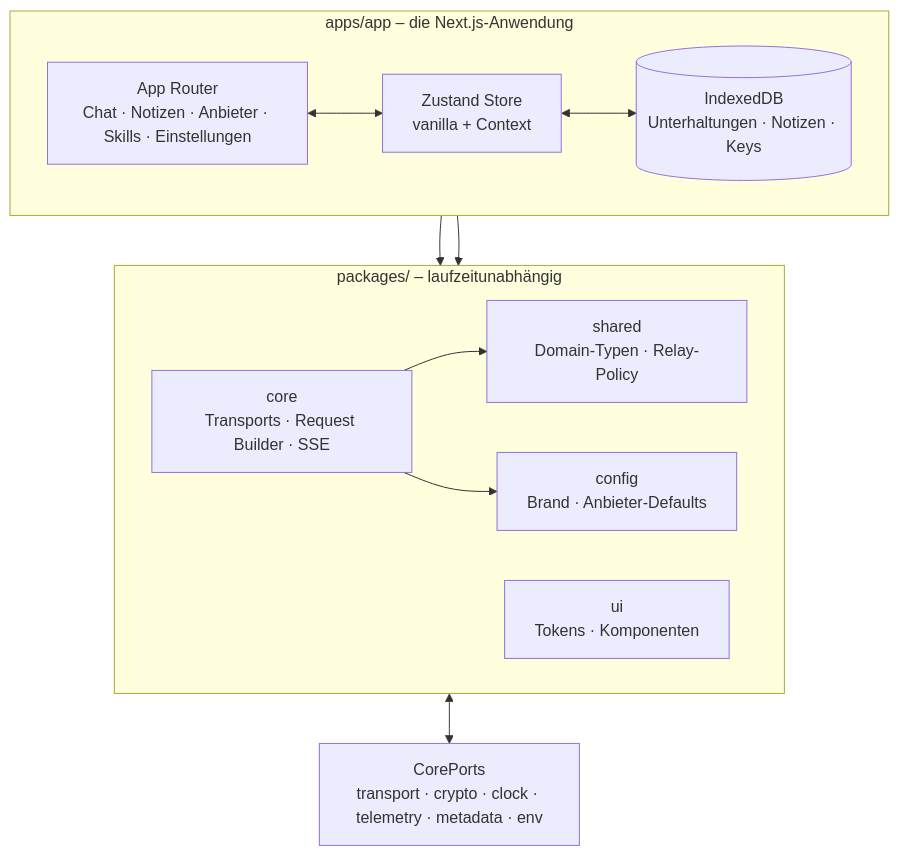
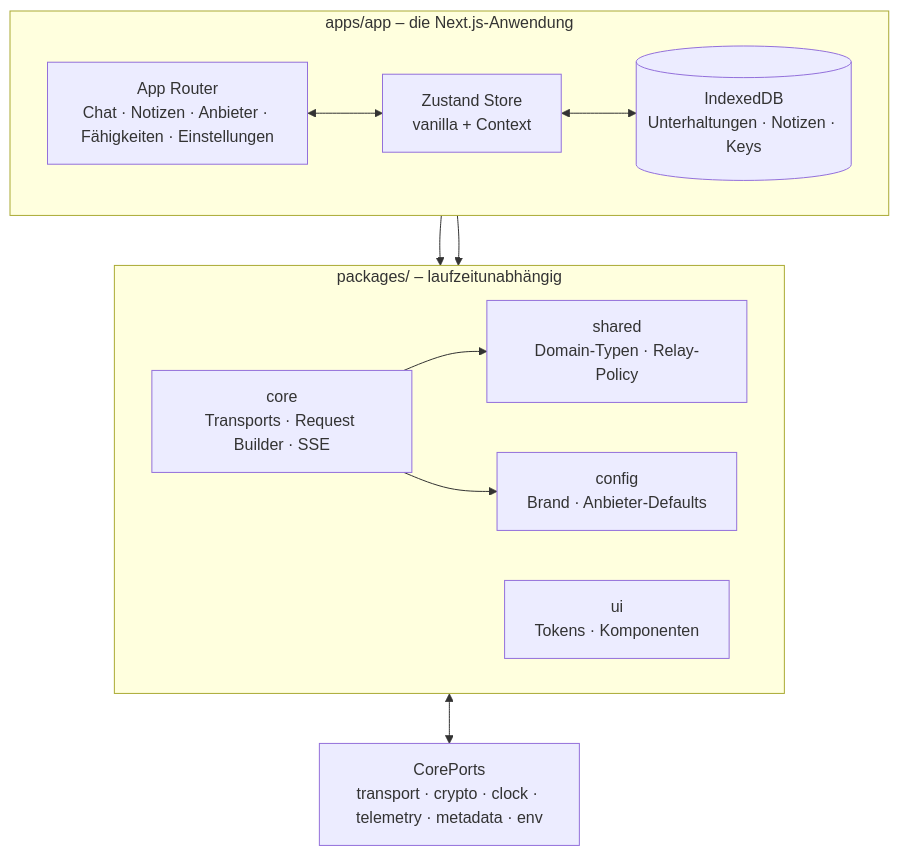
One commit to oriveo/oriveo changed the second of 2 diagrams in readme_i18n/de/web.md. Above: the diagram before and after it, drawn with Mermaid. The commit also changed other lines of this file and 89 other files, not shown here.

````diff
--- a/readme_i18n/de/web.md
+++ b/readme_i18n/de/web.md
@@ -122,25 +123,25 @@
 ```mermaid
 flowchart TB
     subgraph app ["apps/app – die Next.js-Anwendung"]
         direction LR
-        routes["App Router<br/>Chat · Notizen · Anbieter · Skills · Einstellungen"]
+        routes["App Router<br/>Chat · Notizen · Anbieter · Fähigkeiten · Einstellungen"]
         store["Zustand Store<br/>vanilla + Context"]
         idb[("IndexedDB<br/>Unterhaltungen · Notizen · Keys")]
     end
 
     subgraph pkgs ["packages/ – laufzeitunabhängig"]
         direction LR
         core["core<br/>Transports · Request Builder · SSE"]
         shared["shared<br/>Domain-Typen · Relay-Policy"]
         ui["ui<br/>Tokens · Komponenten"]
         config["config<br/>Brand · Anbieter-Defaults"]
     end
 
     ports["CorePorts<br/>transport · crypto · clock · telemetry · metadata · env"]
 
     routes <--> store <--> idb
     store --> core
     core --> shared & config
     routes --> ui
     core <--> ports
 ```
````
